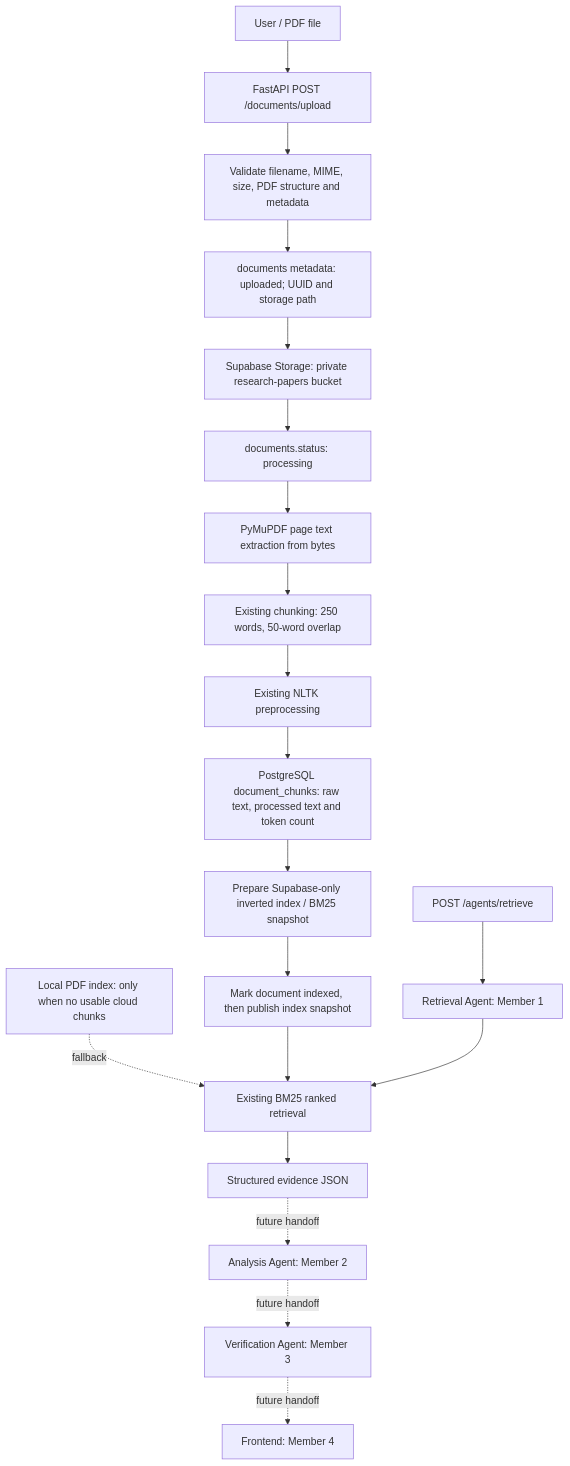
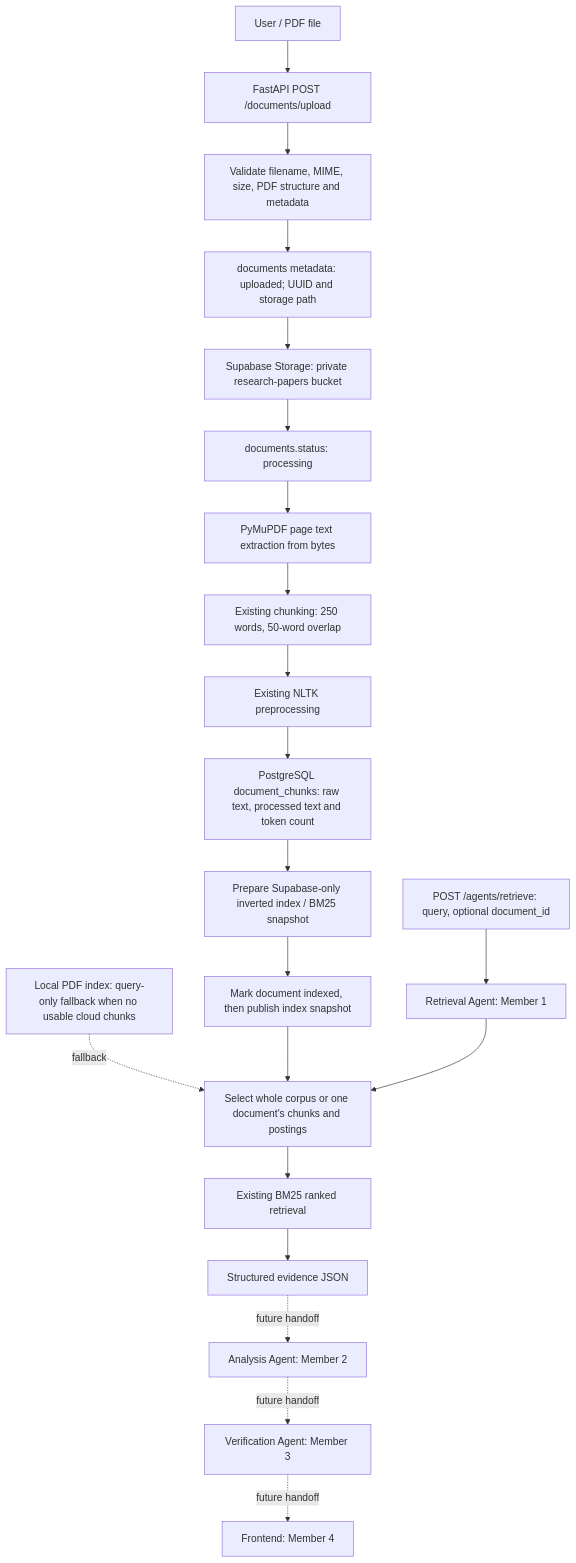
Before and after one commit to lakshithakalhara7/scientific-research-ai: the diagram in docs/architecture.md, drawn with Mermaid. The commit also changed other lines of this file and 8 other files, not shown here.

Commit message:
Add document-specific retrieval support

````diff
--- a/docs/architecture.md
+++ b/docs/architecture.md
@@ -10,22 +10,23 @@
 ```mermaid
 flowchart TD
     U["User / PDF file"] --> A["FastAPI POST /documents/upload"]
     A --> V["Validate filename, MIME, size, PDF structure and metadata"]
     V --> D["documents metadata: uploaded; UUID and storage path"]
     D --> S["Supabase Storage: private research-papers bucket"]
     S --> P["documents.status: processing"]
     P --> E["PyMuPDF page text extraction from bytes"]
     E --> C["Existing chunking: 250 words, 50-word overlap"]
     C --> N["Existing NLTK preprocessing"]
     N --> T["PostgreSQL document_chunks: raw text, processed text and token count"]
     T --> I["Prepare Supabase-only inverted index / BM25 snapshot"]
-    L["Local PDF index: only when no usable cloud chunks"] -. fallback .-> B
+    L["Local PDF index: query-only fallback when no usable cloud chunks"] -. fallback .-> RS
     I --> F["Mark document indexed, then publish index snapshot"]
-    F --> B["Existing BM25 ranked retrieval"]
-    Q["POST /agents/retrieve"] --> R["Retrieval Agent: Member 1"]
-    R --> B
+    F --> RS["Select whole corpus or one document's chunks and postings"]
+    Q["POST /agents/retrieve: query, optional document_id"] --> R["Retrieval Agent: Member 1"]
+    R --> RS
+    RS --> B["Existing BM25 ranked retrieval"]
     B --> J["Structured evidence JSON"]
     J -. future handoff .-> AN["Analysis Agent: Member 2"]
     AN -. future handoff .-> VE["Verification Agent: Member 3"]
     VE -. future handoff .-> FE["Frontend: Member 4"]
 ```
````
